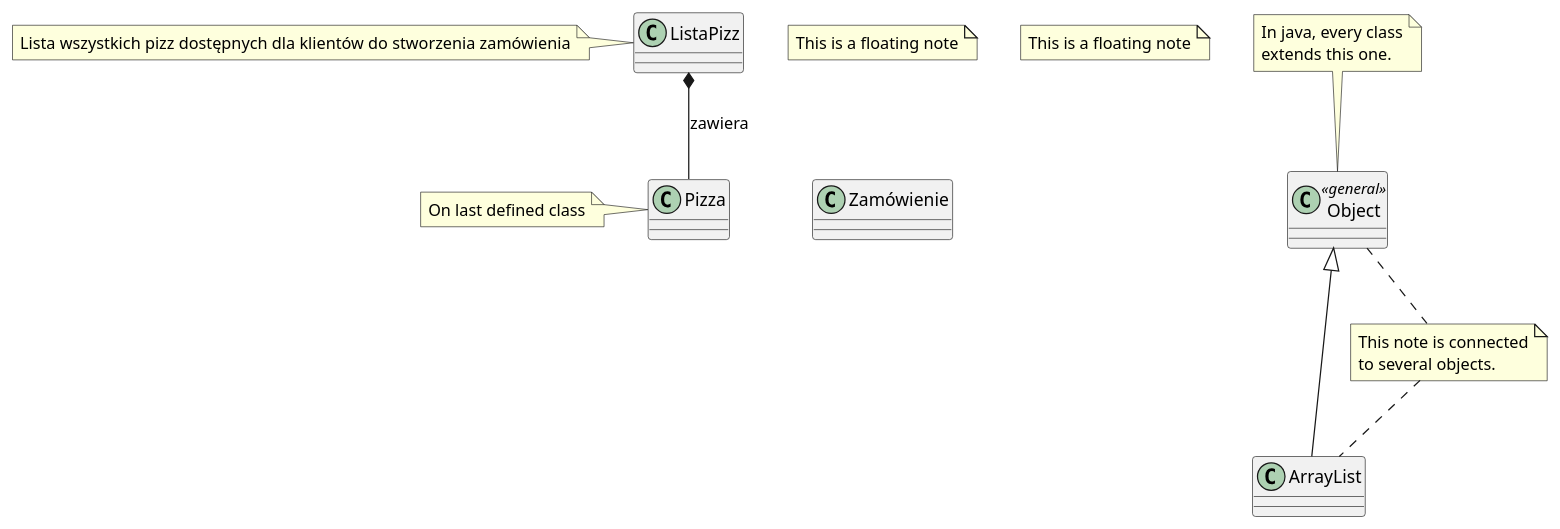
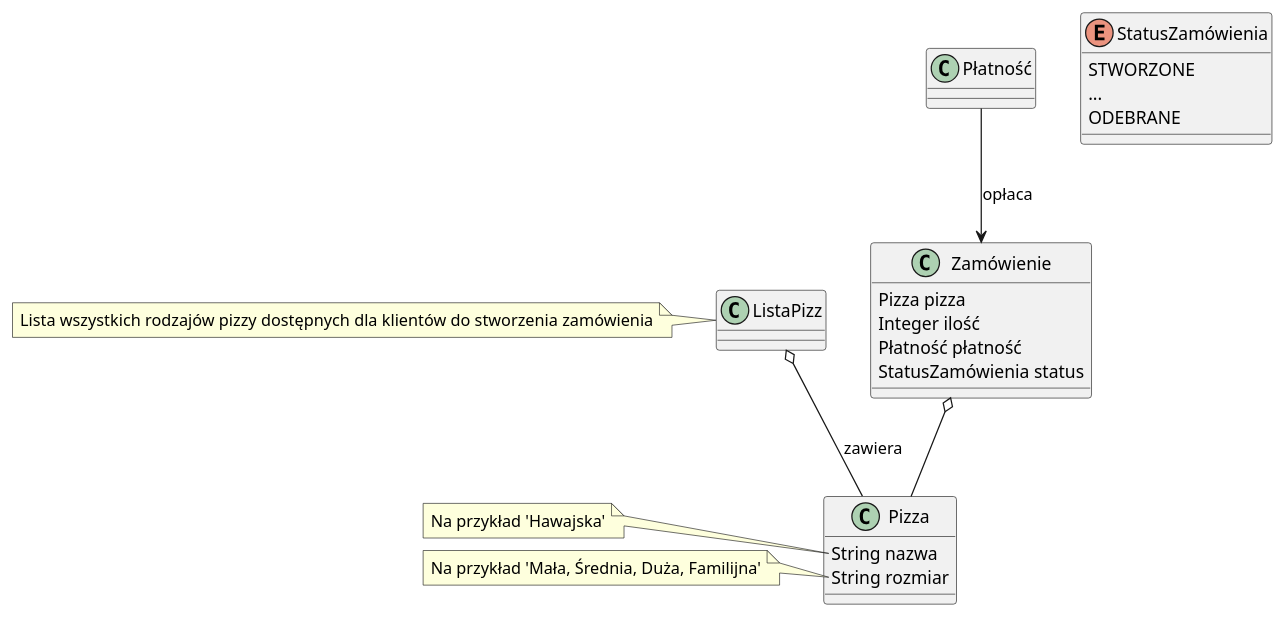
Before and after one commit to siudeks/alek-dev: the second of 3 diagrams in 1.puml, drawn with PlantUML. The commit also changed other lines of this file, not shown here.

```diff
--- a/1.puml
+++ b/1.puml
@@ -26,22 +26,37 @@
 @startuml "Diagram klas"
-class Object << general >>
-    Object <|--- ArrayList
+    class ListaPizz
+    note left: Lista wszystkich rodzajów pizzy dostępnych dla klientów do stworzenia zamówienia
 
-    note top of Object : In java, every class\nextends this one.
+    class Pizza {
+        String nazwa
+        String rozmiar
+    }
+    note left of Pizza::nazwa
+        Na przykład 'Hawajska'
+    end note
+    note left of Pizza::rozmiar
+        Na przykład 'Mała, Średnia, Duża, Familijna'
+    end note
 
-    note "This is a floating note" as N1
-    note "This is a floating note" as N3
-    note "This note is connected\nto several objects." as N2
-    Object .. N2
-    N2 .. ArrayList
+    class Zamówienie {
+        Pizza pizza
+        Integer ilość
+        Płatność płatność
+        StatusZamówienia status
+    }
 
-    class ListaPizz
-    note left: Lista wszystkich pizz dostępnych dla klientów do stworzenia zamówienia
+    enum StatusZamówienia {
+        STWORZONE
+        ...
+        ODEBRANE
+    }
 
-    class Pizza
-    note left: On last defined class
+    class Płatność {
 
-    class Zamówienie
+    }
 
-    ListaPizz *-- Pizza : zawiera
+    ListaPizz o-- Pizza : zawiera
+    Płatność --> Zamówienie : opłaca
+    Zamówienie o-- Pizza
+
 @enduml
```
